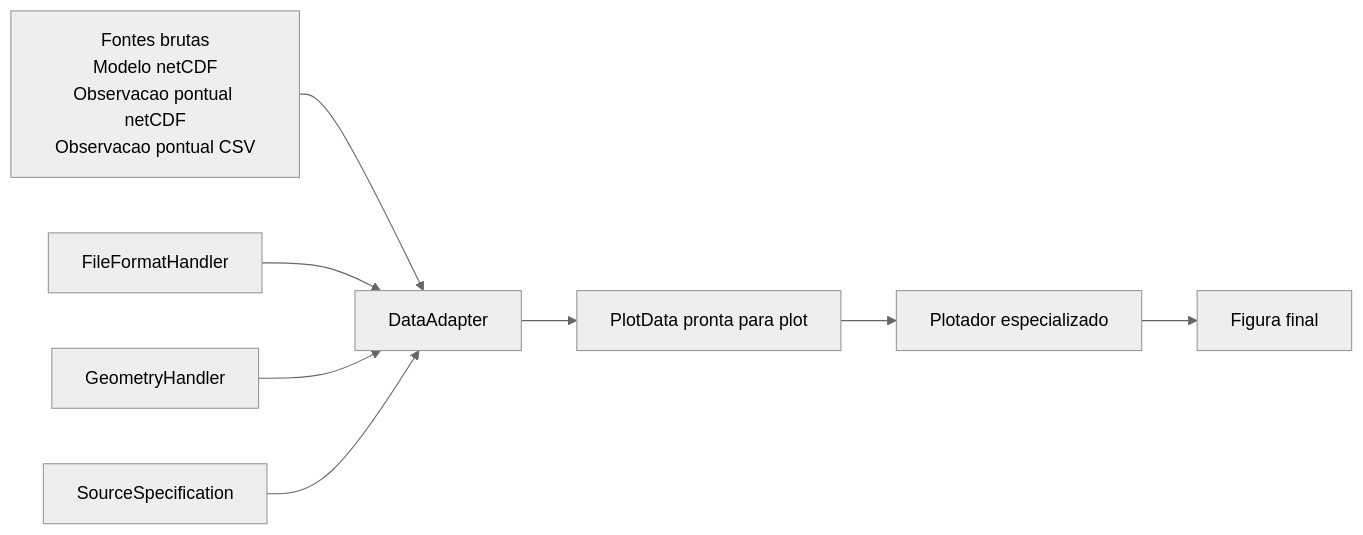
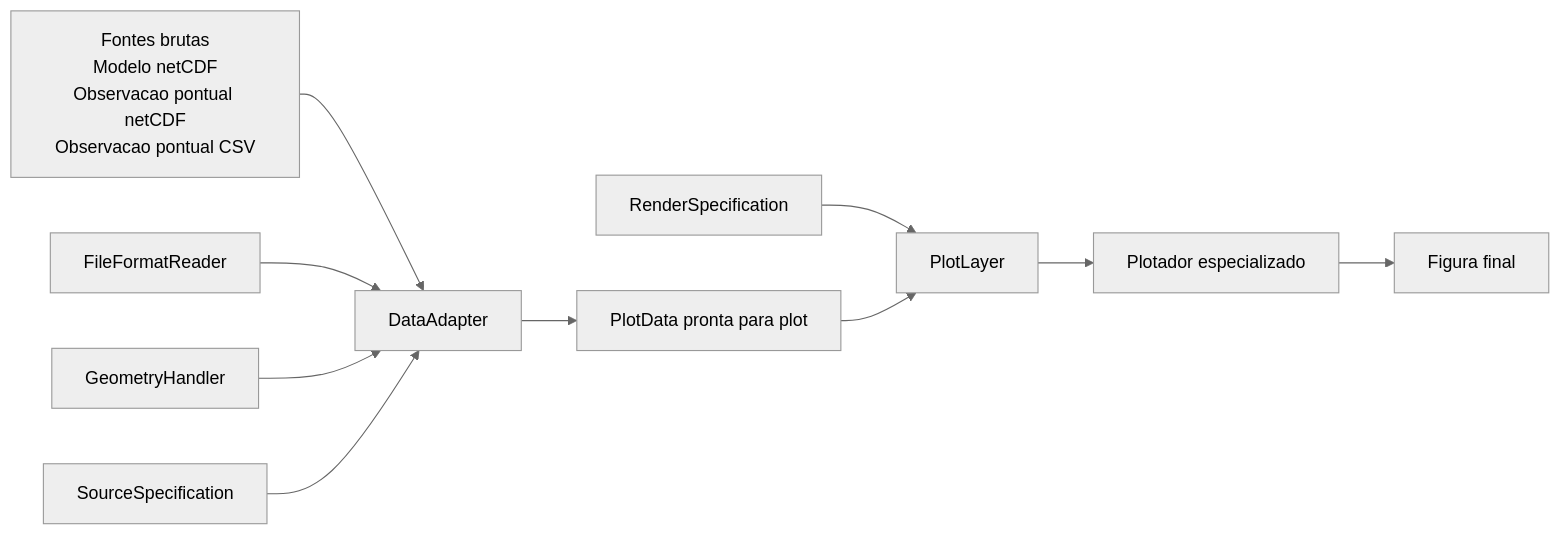
The diagram in docs/c4/plot-core/01-contexto.md (farachegt/visualize_thesis), drawn with Mermaid (neutral theme) before and after one commit. The commit also changed other lines of this file and 11 other files, not shown here.

````diff
--- a/docs/c4/plot-core/01-contexto.md
+++ b/docs/c4/plot-core/01-contexto.md
@@ -53,10 +54,12 @@
 ```mermaid
 flowchart LR
     A[Fontes brutas<br/>Modelo netCDF<br/>Observacao pontual netCDF<br/>Observacao pontual CSV] --> D[DataAdapter]
-    B[FileFormatHandler] --> D
+    B[FileFormatReader] --> D
     C[GeometryHandler] --> D
     E[SourceSpecification] --> D
     D --> F[PlotData pronta para plot]
-    F --> G[Plotador especializado]
+    R[RenderSpecification] --> L[PlotLayer]
+    F --> L
+    L --> G[Plotador especializado]
     G --> H[Figura final]
 ```
````
